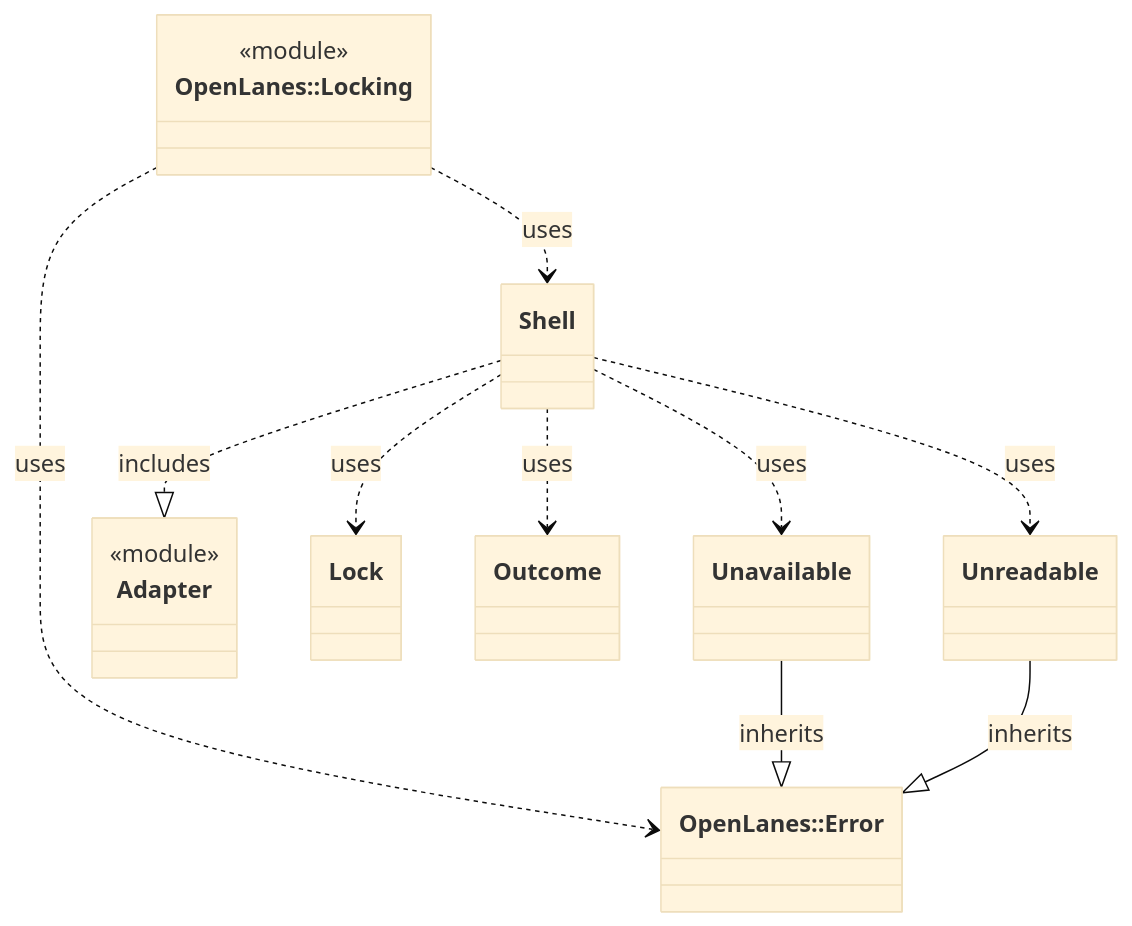
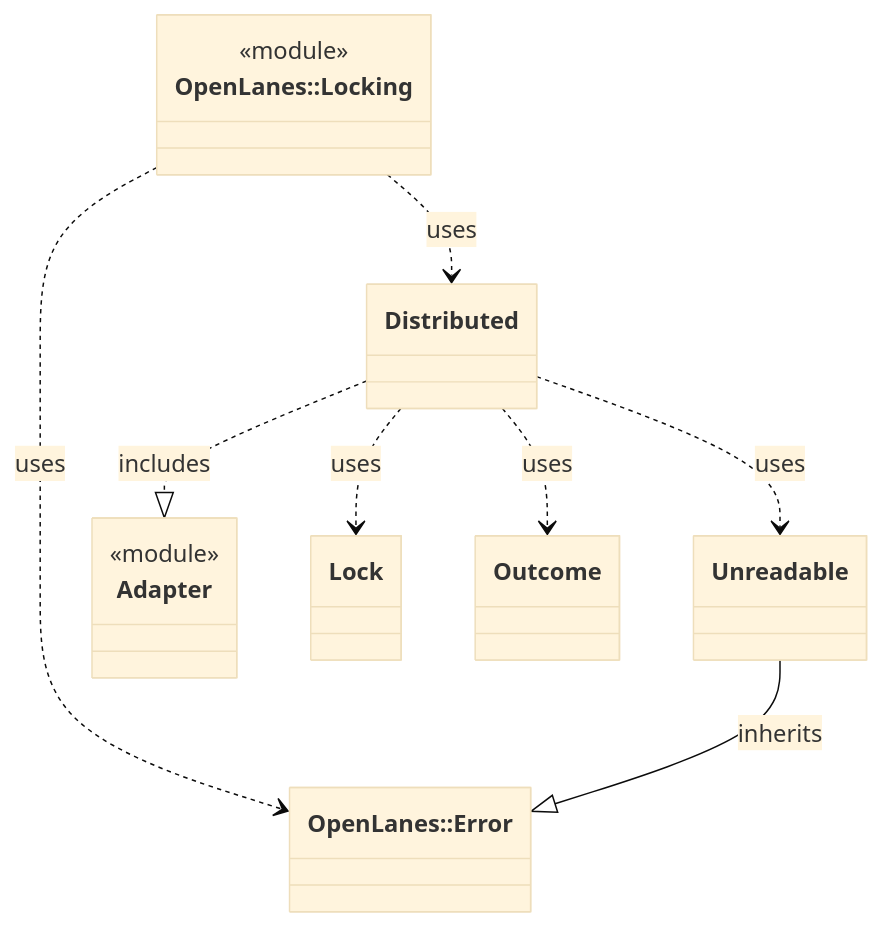
The diagram in docs/architecture/openlanes-locking.md (kigster/openlanes), drawn with Mermaid (base theme) before and after one commit. The commit also changed 8 other files, not shown here.

````diff
--- a/docs/architecture/openlanes-locking.md
+++ b/docs/architecture/openlanes-locking.md
@@ -5,22 +5,19 @@
 ```mermaid
 classDiagram
   class OpenLanes__Error["OpenLanes::Error"]
   class OpenLanes__Locking["OpenLanes::Locking"]
   <<module>> OpenLanes__Locking
   class OpenLanes__Locking__Adapter["Adapter"]
   <<module>> OpenLanes__Locking__Adapter
+  class OpenLanes__Locking__Distributed["Distributed"]
   class OpenLanes__Locking__Lock["Lock"]
   class OpenLanes__Locking__Outcome["Outcome"]
-  class OpenLanes__Locking__Shell["Shell"]
-  class OpenLanes__Locking__Unavailable["Unavailable"]
   class OpenLanes__Locking__Unreadable["Unreadable"]
   OpenLanes__Locking ..> OpenLanes__Error : uses
-  OpenLanes__Locking ..> OpenLanes__Locking__Shell : uses
-  OpenLanes__Locking__Shell ..|> OpenLanes__Locking__Adapter : includes
-  OpenLanes__Locking__Shell ..> OpenLanes__Locking__Lock : uses
-  OpenLanes__Locking__Shell ..> OpenLanes__Locking__Outcome : uses
-  OpenLanes__Locking__Shell ..> OpenLanes__Locking__Unavailable : uses
-  OpenLanes__Locking__Shell ..> OpenLanes__Locking__Unreadable : uses
-  OpenLanes__Locking__Unavailable --|> OpenLanes__Error : inherits
+  OpenLanes__Locking ..> OpenLanes__Locking__Distributed : uses
+  OpenLanes__Locking__Distributed ..|> OpenLanes__Locking__Adapter : includes
+  OpenLanes__Locking__Distributed ..> OpenLanes__Locking__Lock : uses
+  OpenLanes__Locking__Distributed ..> OpenLanes__Locking__Outcome : uses
+  OpenLanes__Locking__Distributed ..> OpenLanes__Locking__Unreadable : uses
   OpenLanes__Locking__Unreadable --|> OpenLanes__Error : inherits
 ```
````
